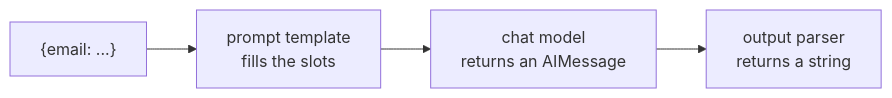
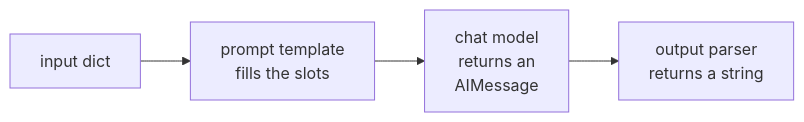
The third of 7 diagrams in src/Data/aiStackDocs/CH-13.md (shubamchaudhary/CodeNITW), drawn with Mermaid before and after one commit. The commit also changed other lines of this file and 7 other files, not shown here.

````diff
--- a/src/Data/aiStackDocs/CH-13.md
+++ b/src/Data/aiStackDocs/CH-13.md
@@ -95,6 +97,6 @@
 ```mermaid
 flowchart LR
-    I["{email: ...}"] --> P["prompt template<br/>fills the slots"]
-    P --> M["chat model<br/>returns an AIMessage"]
+    I["input dict"] --> P["prompt template<br/>fills the slots"]
+    P --> M["chat model<br/>returns an<br/>AIMessage"]
     M --> O["output parser<br/>returns a string"]
 ```
````
